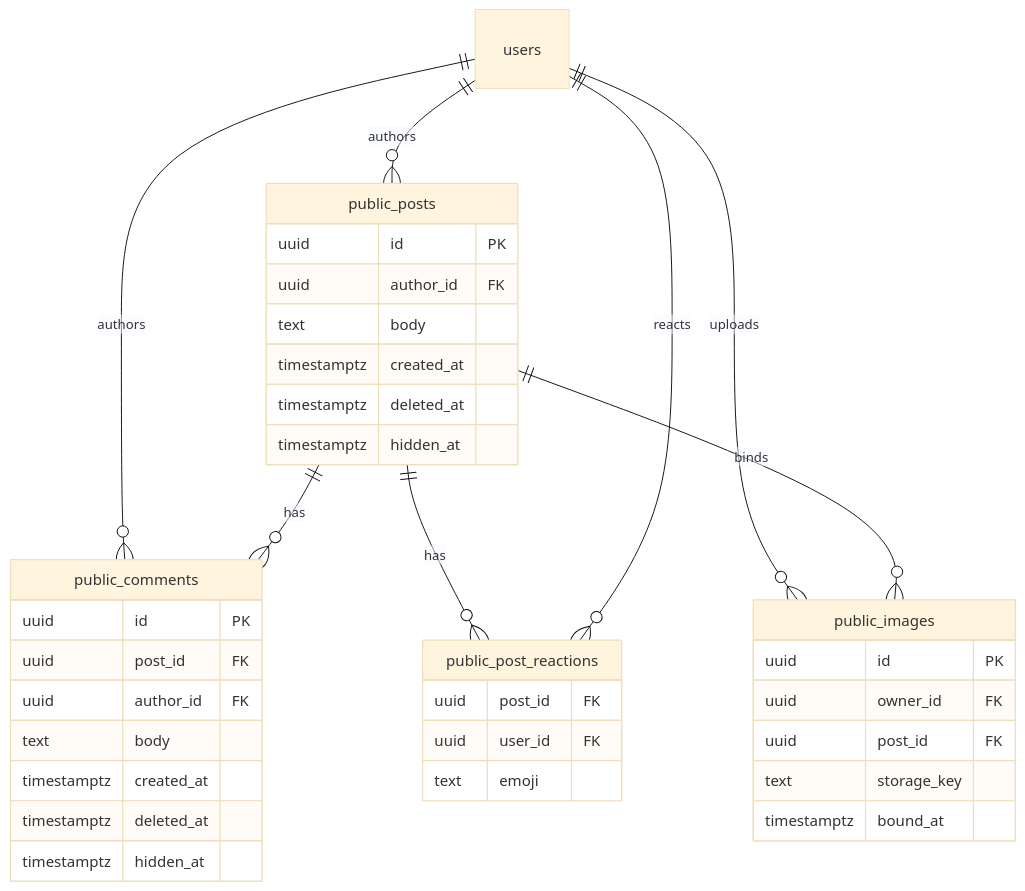
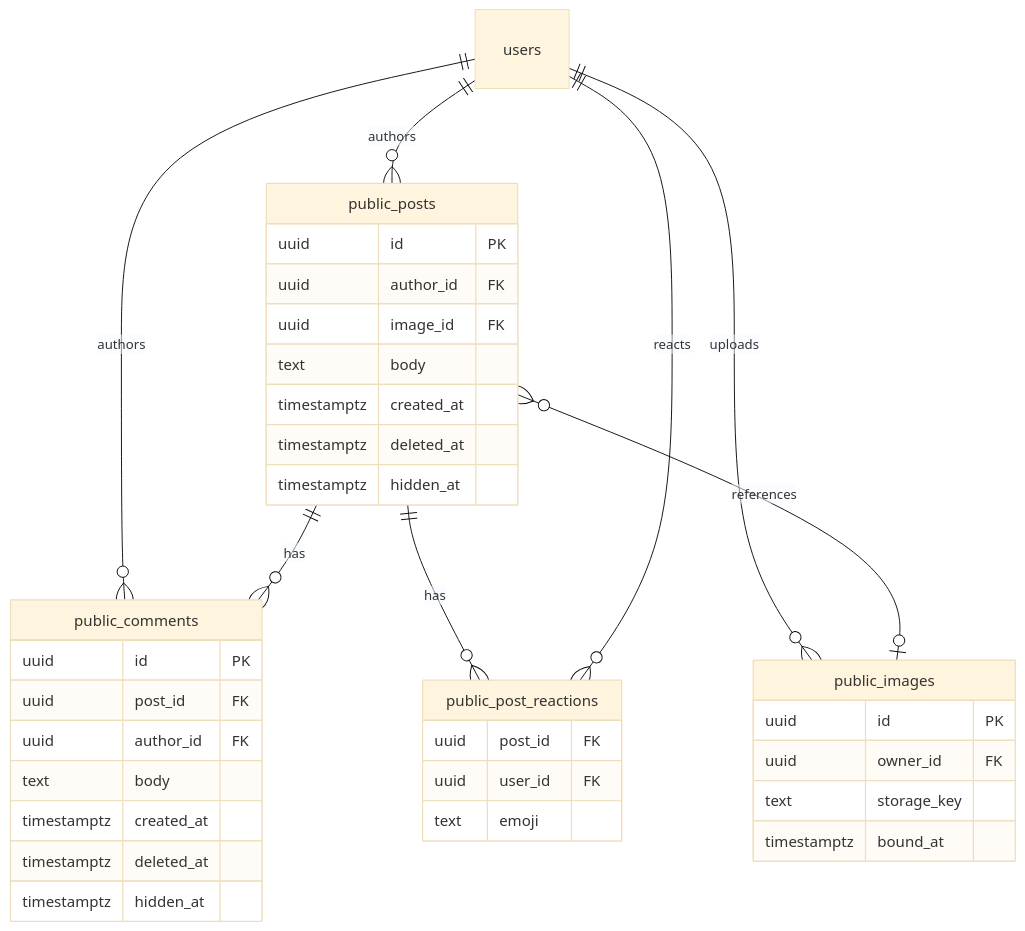
The first of 2 diagrams in docs/architecture/public-feed.md (JasonTM17/Nexachat_AppJ), drawn with Mermaid (base theme) before and after one commit. The commit also changed other lines of this file and 2 other files, not shown here.

````diff
--- a/docs/architecture/public-feed.md
+++ b/docs/architecture/public-feed.md
@@ -12,43 +12,43 @@
 ```mermaid
 erDiagram
     users ||--o{ public_posts : authors
     users ||--o{ public_comments : authors
     users ||--o{ public_images : uploads
     public_posts ||--o{ public_comments : has
     public_posts ||--o{ public_post_reactions : has
-    public_posts ||--o{ public_images : binds
+    public_posts }o--o| public_images : references
     users ||--o{ public_post_reactions : reacts
 
     public_posts {
         uuid id PK
         uuid author_id FK
+        uuid image_id FK
         text body
         timestamptz created_at
         timestamptz deleted_at
         timestamptz hidden_at
     }
 
     public_comments {
         uuid id PK
         uuid post_id FK
         uuid author_id FK
         text body
         timestamptz created_at
         timestamptz deleted_at
         timestamptz hidden_at
     }
 
     public_post_reactions {
         uuid post_id FK
         uuid user_id FK
         text emoji
     }
 
     public_images {
         uuid id PK
         uuid owner_id FK
-        uuid post_id FK
         text storage_key
         timestamptz bound_at
     }
 ```
````
